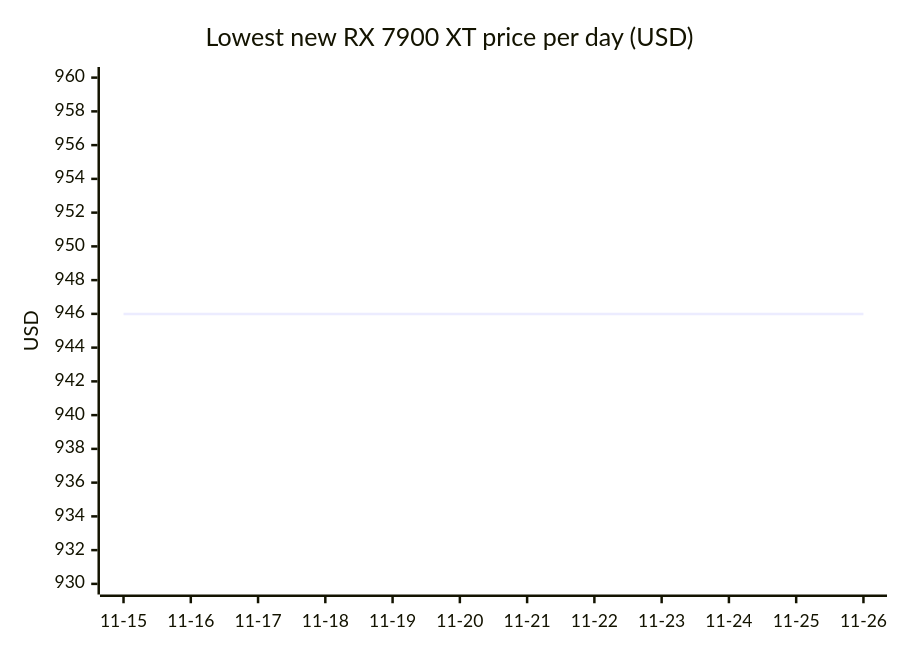
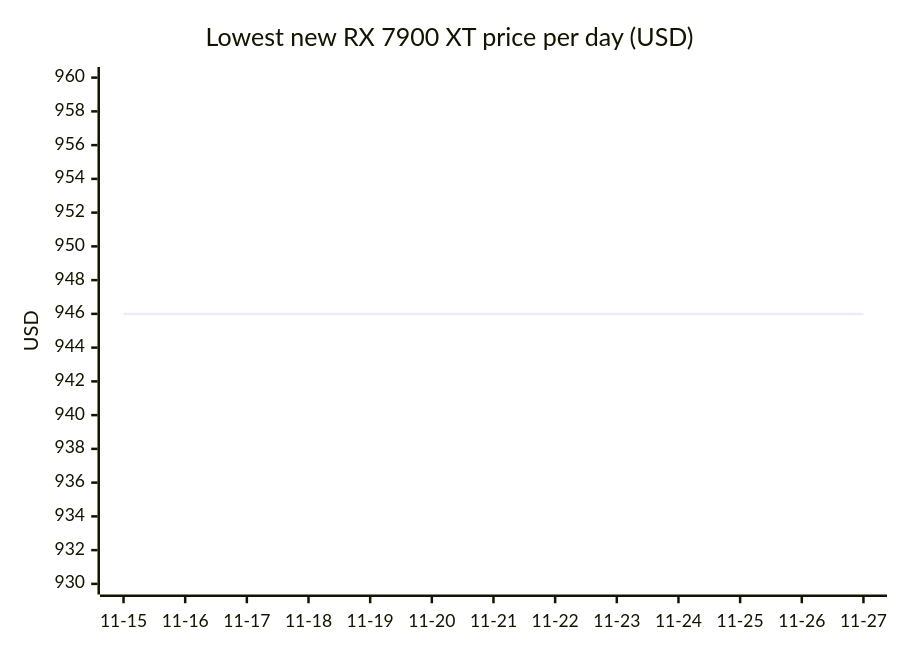
One commit to 7324136828/4tb_ssd_price_watch changed diagram 14 of 18 in README.md. Above: the diagram before and after it, drawn with Mermaid. The commit also changed other lines of this file, not shown here.

````diff
--- a/README.md
+++ b/README.md
@@ -1323,7 +1360,7 @@
 ```mermaid
 xychart-beta
     title "Lowest new RX 7900 XT price per day (USD)"
-    x-axis ["11-15", "11-16", "11-17", "11-18", "11-19", "11-20", "11-21", "11-22", "11-23", "11-24", "11-25", "11-26"]
+    x-axis ["11-15", "11-16", "11-17", "11-18", "11-19", "11-20", "11-21", "11-22", "11-23", "11-24", "11-25", "11-26", "11-27"]
     y-axis "USD" 930 --> 960
-    line [946.00, 946.00, 946.00, 946.00, 946.00, 946.00, 946.00, 946.00, 946.00, 946.00, 946.00, 946.00]
+    line [946.00, 946.00, 946.00, 946.00, 946.00, 946.00, 946.00, 946.00, 946.00, 946.00, 946.00, 946.00, 946.00]
 ```
````
